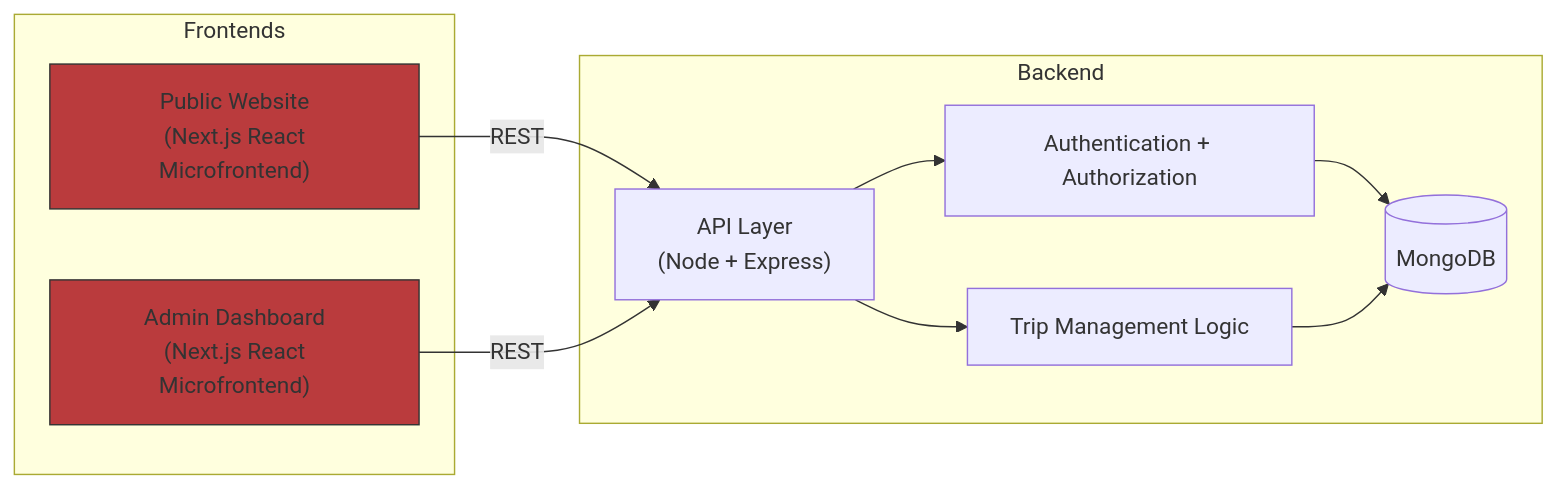
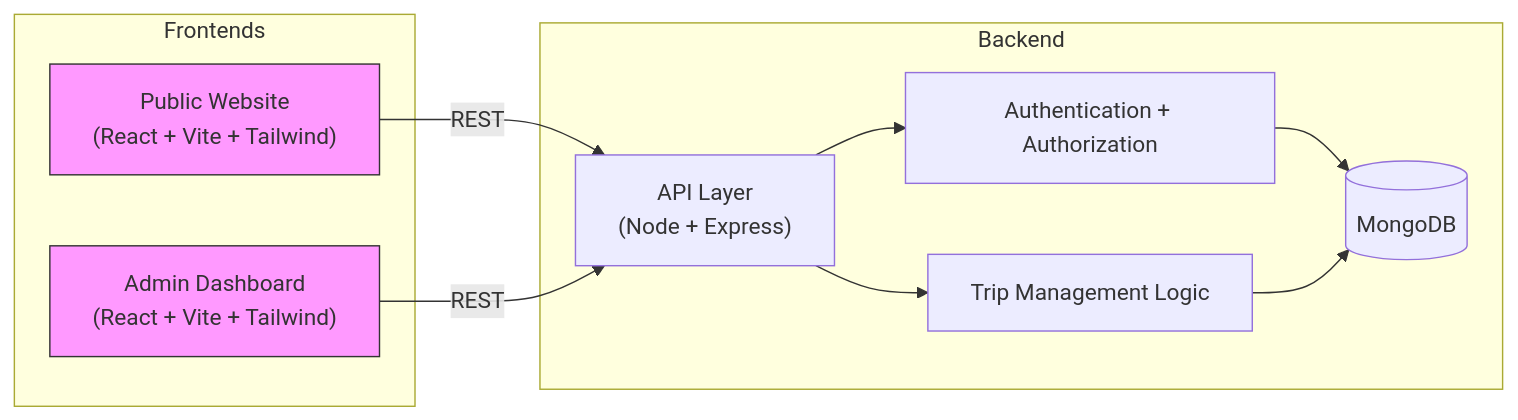
One commit to m-t7/Portfolio changed the diagram in CS465/travlr/updated_architecture.md. Above: the diagram before and after it, drawn with Mermaid. The commit also changed other lines of this file, not shown here.

````diff
--- a/CS465/travlr/updated_architecture.md
+++ b/CS465/travlr/updated_architecture.md
@@ -8,26 +22,24 @@
 ```mermaid
 flowchart LR
     subgraph Frontends
-        P["Public Website<br/> (Next.js React Microfrontend)"]
-        A["Admin Dashboard<br/> (Next.js React Microfrontend)"]
+        P["Public Website<br/> (React + Vite + Tailwind)"]
+        A["Admin Dashboard<br/> (React + Vite + Tailwind)"]
     end
 
     subgraph Backend
         API["API Layer<br/> (Node + Express)"]
         Auth[Authentication + Authorization]
         Trips[Trip Management Logic]
         DB[(MongoDB)]
     end
 
     P -->|REST| API
     A -->|REST| API
     API --> Auth
     API --> Trips
     Auth --> DB
     Trips --> DB
 
-        %% Deployments are independent per microfrontend (CDN/hosting omitted)
-
-    classDef microfront fill:#ba3b3d,stroke:#333,stroke-width:1px;
+    classDef microfront fill:#f9f,stroke:#333,stroke-width:1px;
     class P,A microfront;
 ```
````
